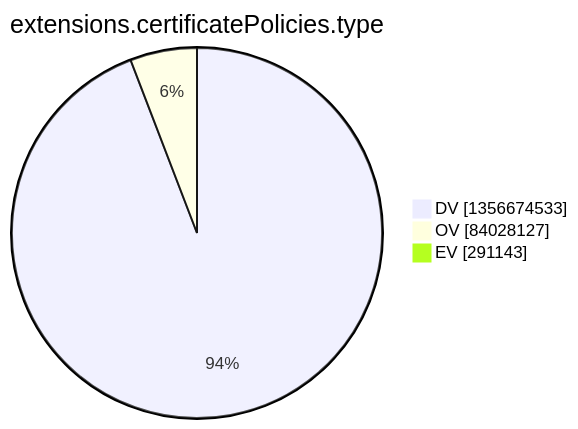
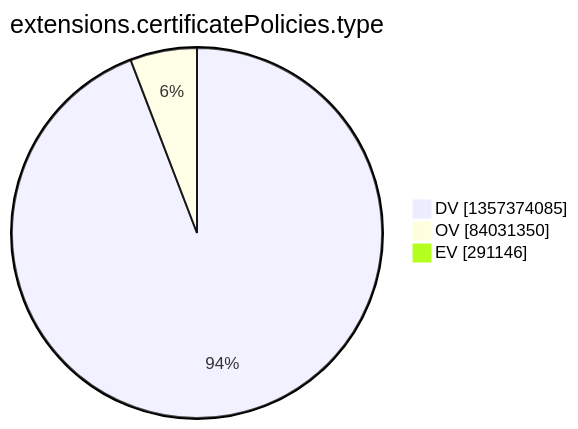
One commit to christiankrug/ctmonitor_visualization changed the tenth of 15 diagrams in argon2022/README.md. Above: the diagram before and after it, drawn with Mermaid. The commit also changed other lines of this file, not shown here.

````diff
--- a/argon2022/README.md
+++ b/argon2022/README.md
@@ -2773,7 +2773,7 @@
 ```mermaid
 pie showData
 title extensions.certificatePolicies.type
-"DV" :1356674533
-"OV" :84028127
-"EV" :291143
+"DV" :1357374085
+"OV" :84031350
+"EV" :291146
 ```
````
